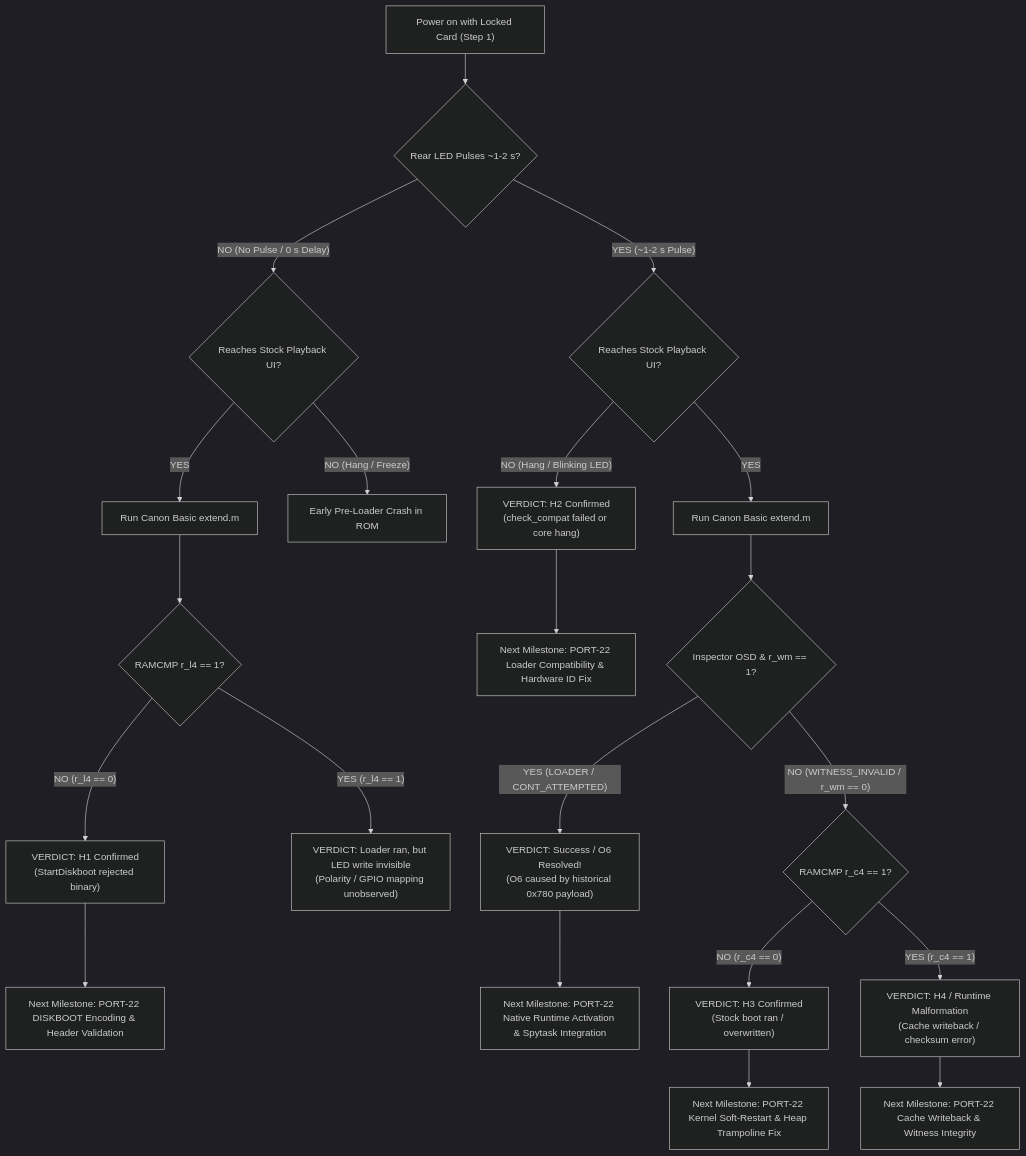
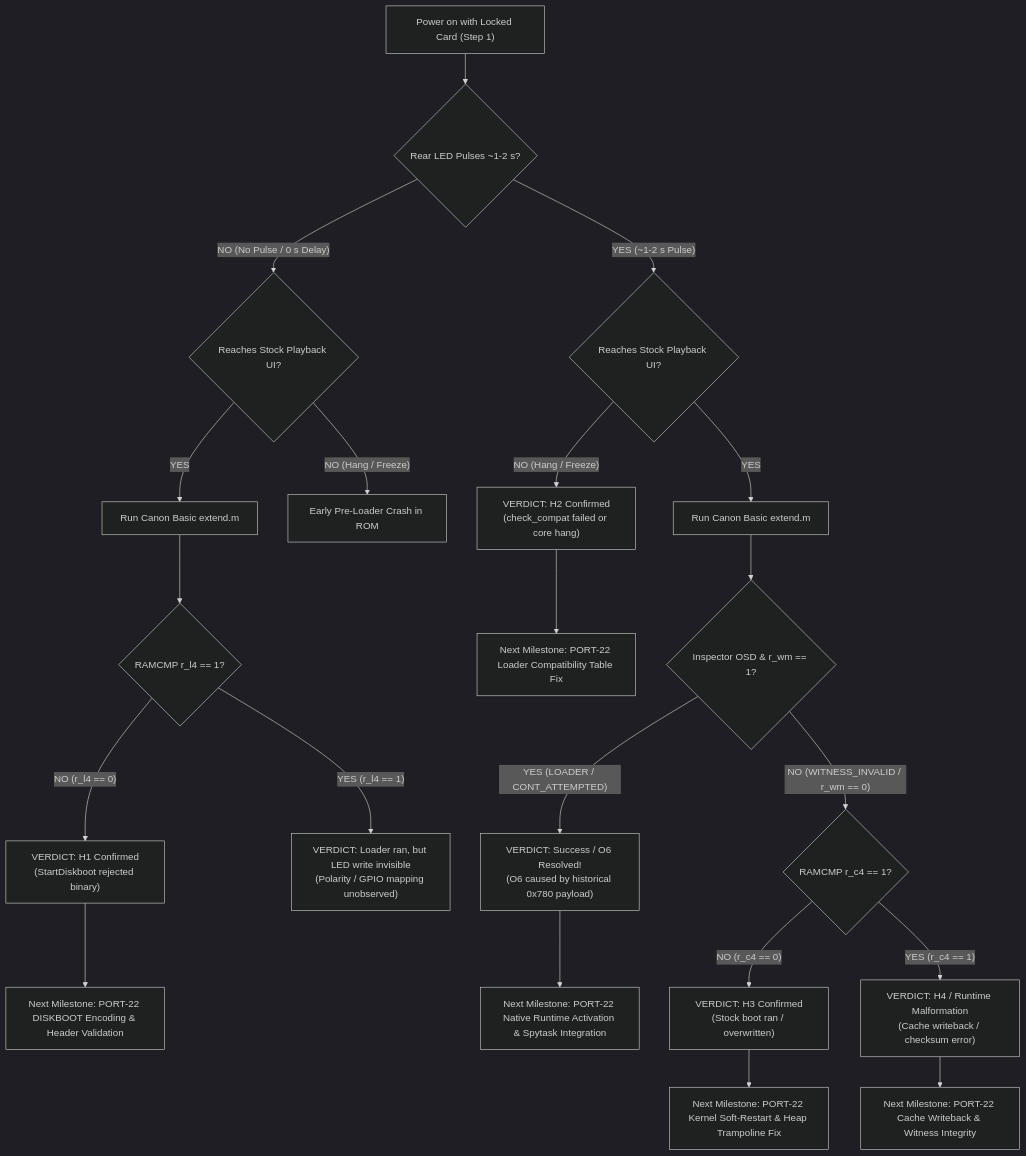
Before and after one commit to s4urj3ng/g3x-lite: the diagram in docs/PORT21_OWNER_SESSION_PLAN.md, drawn with Mermaid (dark theme). The commit also changed other lines of this file and 1 other file, not shown here.

````diff
--- a/docs/PORT21_OWNER_SESSION_PLAN.md
+++ b/docs/PORT21_OWNER_SESSION_PLAN.md
@@ -171,29 +183,29 @@
 ```mermaid
 flowchart TD
     Start["Power on with Locked Card (Step 1)"] --> LEDCheck{"Rear LED Pulses ~1-2 s?"}
 
     LEDCheck -->|"NO (No Pulse / 0 s Delay)"| StockCheck1{"Reaches Stock Playback UI?"}
     StockCheck1 -->|"YES"| RunRAMCMP1["Run Canon Basic extend.m"]
     StockCheck1 -->|"NO (Hang / Freeze)"| H1EarlyCrash["Early Pre-Loader Crash in ROM"]
 
     RunRAMCMP1 --> CheckRL4{"RAMCMP r_l4 == 1?"}
     CheckRL4 -->|"NO (r_l4 == 0)"| VerdictH1["VERDICT: H1 Confirmed<br>(StartDiskboot rejected binary)"]
     CheckRL4 -->|"YES (r_l4 == 1)"| VerdictLEDInvis["VERDICT: Loader ran, but LED write invisible<br>(Polarity / GPIO mapping unobserved)"]
 
     LEDCheck -->|"YES (~1-2 s Pulse)"| StockCheck2{"Reaches Stock Playback UI?"}
-    StockCheck2 -->|"NO (Hang / Blinking LED)"| VerdictH2["VERDICT: H2 Confirmed<br>(check_compat failed or core hang)"]
+    StockCheck2 -->|"NO (Hang / Freeze)"| VerdictH2["VERDICT: H2 Confirmed<br>(check_compat failed or core hang)"]
     StockCheck2 -->|"YES"| RunRAMCMP2["Run Canon Basic extend.m"]
 
     RunRAMCMP2 --> CheckWitness{"Inspector OSD & r_wm == 1?"}
     CheckWitness -->|"YES (LOADER / CONT_ATTEMPTED)"| VerdictSuccess["VERDICT: Success / O6 Resolved!<br>(O6 caused by historical 0x780 payload)"]
     CheckWitness -->|"NO (WITNESS_INVALID / r_wm == 0)"| CheckRC4{"RAMCMP r_c4 == 1?"}
 
     CheckRC4 -->|"NO (r_c4 == 0)"| VerdictH3["VERDICT: H3 Confirmed<br>(Stock boot ran / overwritten)"]
     CheckRC4 -->|"YES (r_c4 == 1)"| VerdictH4["VERDICT: H4 / Runtime Malformation<br>(Cache writeback / checksum error)"]
 
     VerdictH1 --> NextP22A["Next Milestone: PORT-22 DISKBOOT Encoding & Header Validation"]
-    VerdictH2 --> NextP22B["Next Milestone: PORT-22 Loader Compatibility & Hardware ID Fix"]
+    VerdictH2 --> NextP22B["Next Milestone: PORT-22 Loader Compatibility Table Fix"]
     VerdictH3 --> NextP22C["Next Milestone: PORT-22 Kernel Soft-Restart & Heap Trampoline Fix"]
     VerdictH4 --> NextP22D["Next Milestone: PORT-22 Cache Writeback & Witness Integrity"]
     VerdictSuccess --> NextPhase1["Next Milestone: PORT-22 Native Runtime Activation & Spytask Integration"]
 ```
````
